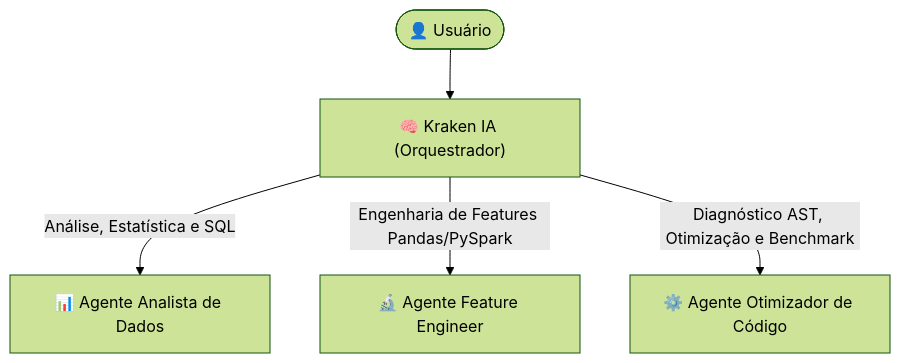
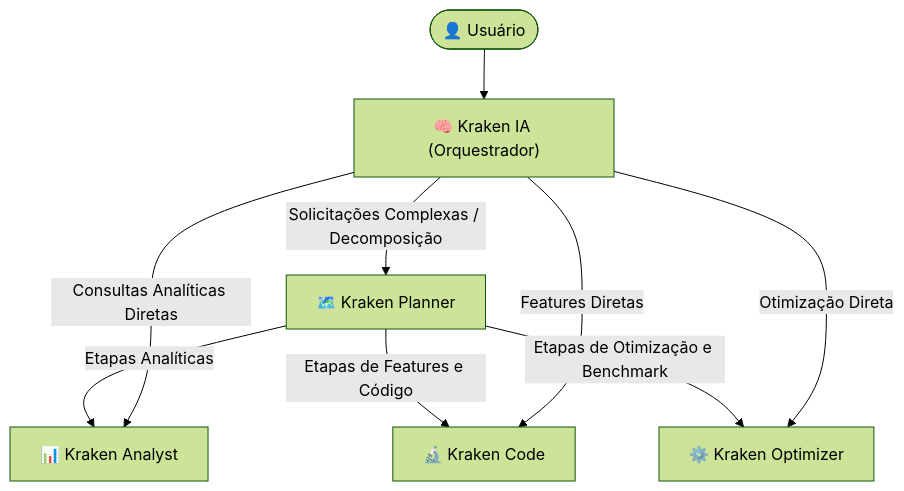
One commit to mathsantoss/agent_optimizer changed the diagram in README.md. Above: the diagram before and after it, drawn with Mermaid (forest theme). The commit also changed other lines of this file and 64 other files, not shown here.

Commit message:
feat: add Kraken Planner agent and refactor project structure and agent nomenclature

````diff
--- a/README.md
+++ b/README.md
@@ -13,7 +13,11 @@
 ```mermaid
 flowchart TB
     U(["👤 Usuário"]) --> O["🧠 Kraken IA (Orquestrador)"]
-    O -->|Análise, Estatística e SQL| A["📊 Agente Analista de Dados"]
-    O -->|Engenharia de Features Pandas/PySpark| F["🔬 Agente Feature Engineer"]
-    O -->|Diagnóstico AST, Otimização e Benchmark| C["⚙️ Agente Otimizador de Código"]
+    O -->|Solicitações Complexas / Decomposição| P["🗺️ Kraken Planner"]
+    P -->|Etapas Analíticas| A["📊 Kraken Analyst"]
+    P -->|Etapas de Features e Código| F["🔬 Kraken Code"]
+    P -->|Etapas de Otimização e Benchmark| C["⚙️ Kraken Optimizer"]
+    O -->|Consultas Analíticas Diretas| A
+    O -->|Features Diretas| F
+    O -->|Otimização Direta| C
 ```
````
